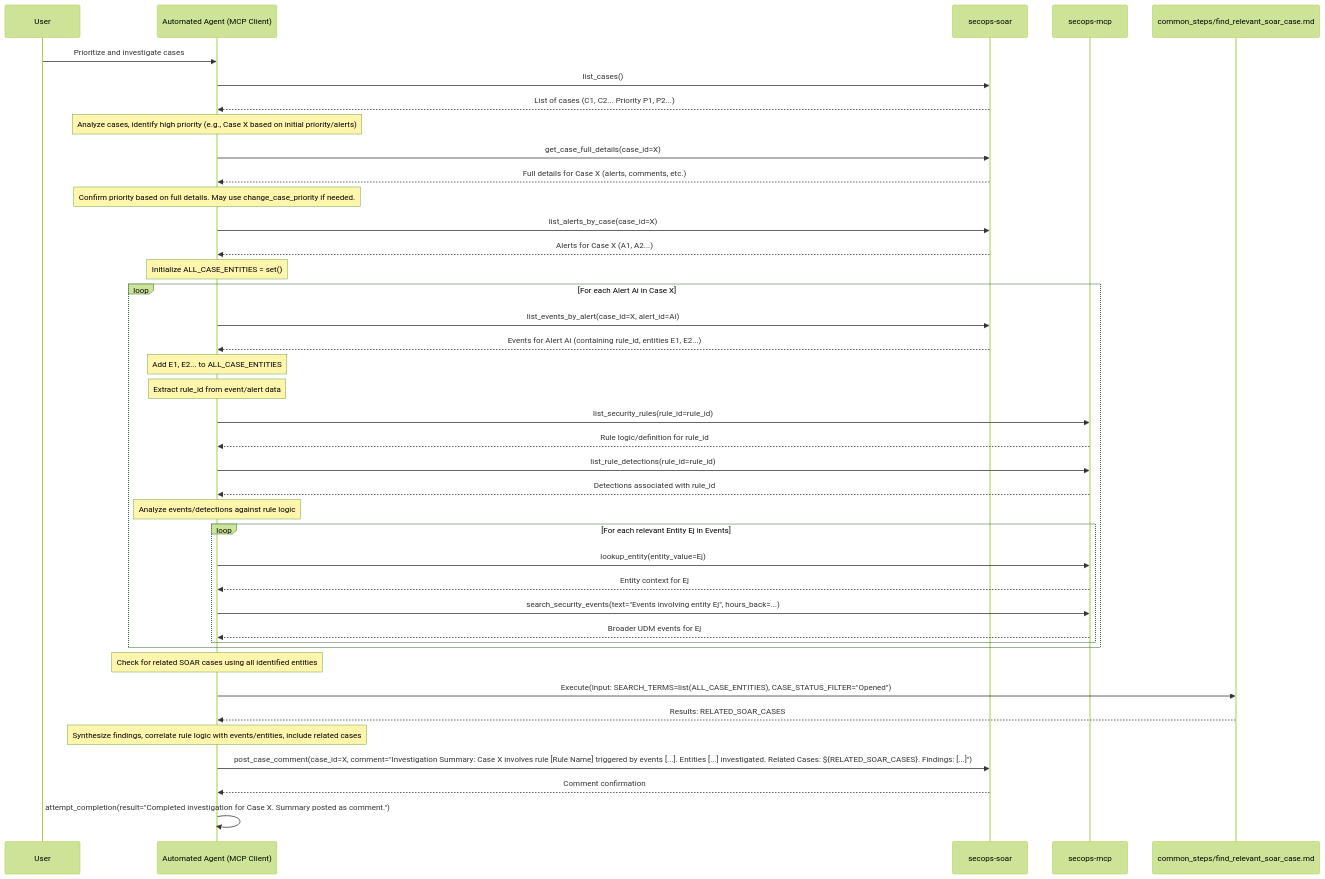
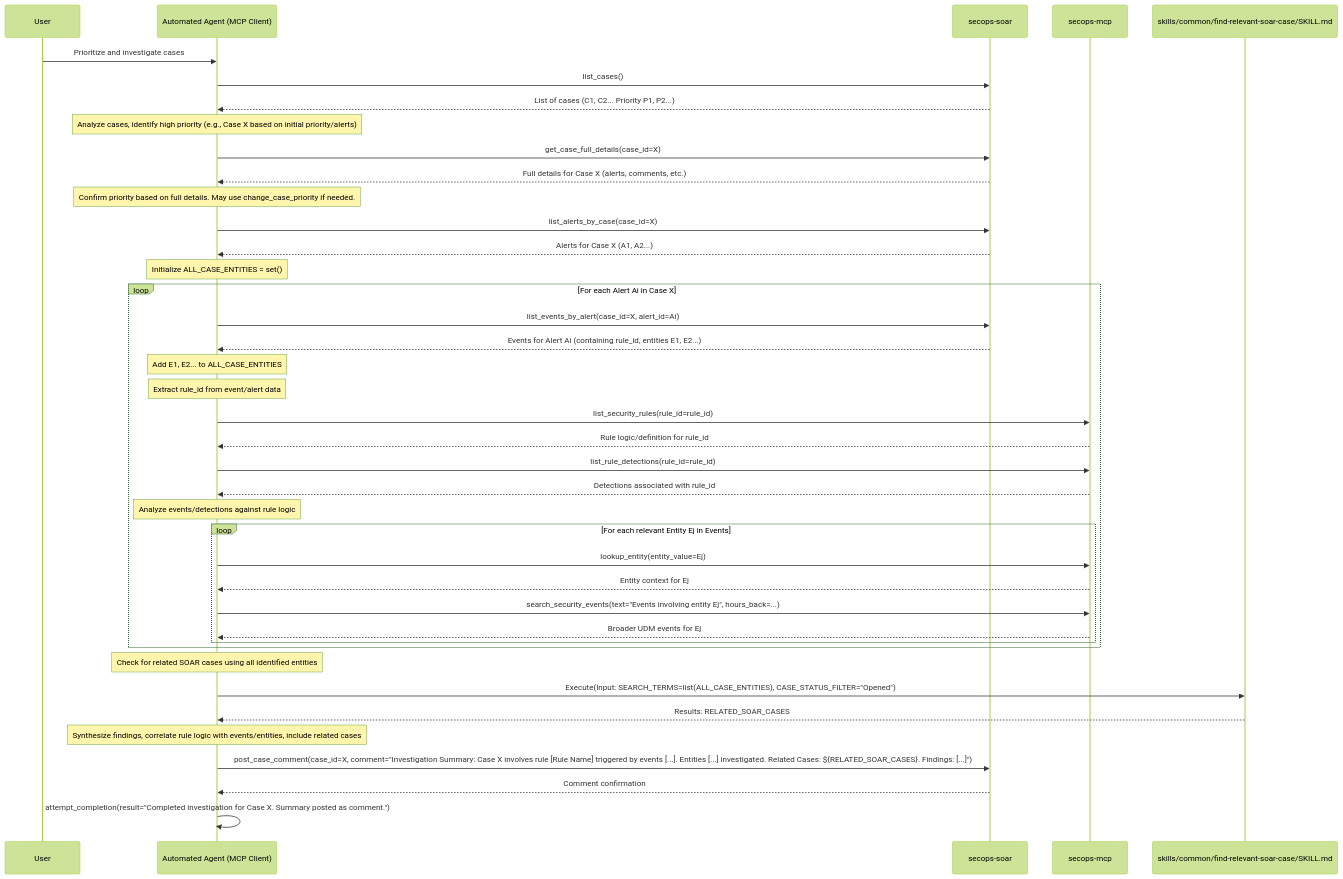
Before and after one commit to dandye/adk_runbooks: the second of 2 diagrams in skills/investigation/prioritize-and-investigate-case/SKILL.md, drawn with Mermaid (forest theme). The commit also changed 17 other files, not shown here.

Commit message:
feat(skills): update internal cross-skill references to standardized skills taxonomy

````diff
--- a/skills/investigation/prioritize-and-investigate-case/SKILL.md
+++ b/skills/investigation/prioritize-and-investigate-case/SKILL.md
@@ -47,44 +47,44 @@
 ```{mermaid}
 sequenceDiagram
     participant User
     participant AutomatedAgent as Automated Agent (MCP Client)
     participant SOAR as secops-soar
     participant SIEM as secops-mcp
-    participant FindCase as common_steps/find_relevant_soar_case.md
+    participant FindCase as skills/common/find-relevant-soar-case/SKILL.md
 
     User->>AutomatedAgent: Prioritize and investigate cases
     AutomatedAgent->>SOAR: list_cases()
     SOAR-->>AutomatedAgent: List of cases (C1, C2... Priority P1, P2...)
     Note over AutomatedAgent: Analyze cases, identify high priority (e.g., Case X based on initial priority/alerts)
     AutomatedAgent->>SOAR: get_case_full_details(case_id=X)
     SOAR-->>AutomatedAgent: Full details for Case X (alerts, comments, etc.)
     Note over AutomatedAgent: Confirm priority based on full details. May use change_case_priority if needed.
     AutomatedAgent->>SOAR: list_alerts_by_case(case_id=X)
     SOAR-->>AutomatedAgent: Alerts for Case X (A1, A2...)
     Note over AutomatedAgent: Initialize ALL_CASE_ENTITIES = set()
     loop For each Alert Ai in Case X
         AutomatedAgent->>SOAR: list_events_by_alert(case_id=X, alert_id=Ai)
         SOAR-->>AutomatedAgent: Events for Alert Ai (containing rule_id, entities E1, E2...)
         Note over AutomatedAgent: Add E1, E2... to ALL_CASE_ENTITIES
         Note over AutomatedAgent: Extract rule_id from event/alert data
         AutomatedAgent->>SIEM: list_security_rules(rule_id=rule_id)
         SIEM-->>AutomatedAgent: Rule logic/definition for rule_id
         AutomatedAgent->>SIEM: list_rule_detections(rule_id=rule_id)
         SIEM-->>AutomatedAgent: Detections associated with rule_id
         Note over AutomatedAgent: Analyze events/detections against rule logic
         loop For each relevant Entity Ej in Events
             AutomatedAgent->>SIEM: lookup_entity(entity_value=Ej)
             SIEM-->>AutomatedAgent: Entity context for Ej
             AutomatedAgent->>SIEM: search_security_events(text="Events involving entity Ej", hours_back=...)
             SIEM-->>AutomatedAgent: Broader UDM events for Ej
         end
     end
     Note over AutomatedAgent: Check for related SOAR cases using all identified entities
     AutomatedAgent->>FindCase: Execute(Input: SEARCH_TERMS=list(ALL_CASE_ENTITIES), CASE_STATUS_FILTER="Opened")
     FindCase-->>AutomatedAgent: Results: RELATED_SOAR_CASES
     Note over AutomatedAgent: Synthesize findings, correlate rule logic with events/entities, include related cases
     AutomatedAgent->>SOAR: post_case_comment(case_id=X, comment="Investigation Summary: Case X involves rule [Rule Name] triggered by events [...]. Entities [...] investigated. Related Cases: ${RELATED_SOAR_CASES}. Findings: [...]")
     SOAR-->>AutomatedAgent: Comment confirmation
     AutomatedAgent->>AutomatedAgent: attempt_completion(result="Completed investigation for Case X. Summary posted as comment.")
 
 ```
````
